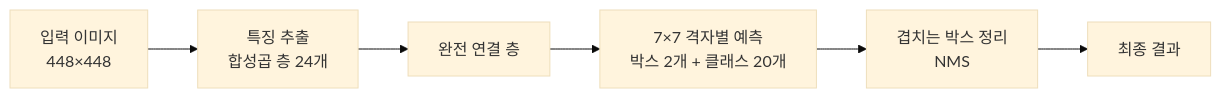
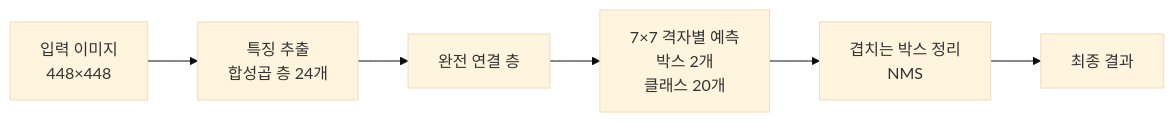
The diagram in YOLO/README.md (mjk022/portfolio), drawn with Mermaid (base theme) before and after one commit. The commit also changed 142 other files, not shown here.

Commit message:
추천시스템 웹 체험 페이지 추가, mermaid 라벨 줄바꿈 정리

````diff
--- a/YOLO/README.md
+++ b/YOLO/README.md
@@ -36,8 +36,8 @@
 ```mermaid
 flowchart LR
     A[입력 이미지<br/>448×448] --> B[특징 추출<br/>합성곱 층 24개]
     B --> C[완전 연결 층]
-    C --> D[7×7 격자별 예측<br/>박스 2개 + 클래스 20개]
+    C --> D[7×7 격자별 예측<br/>박스 2개<br/>클래스 20개]
     D --> E[겹치는 박스 정리<br/>NMS]
     E --> F[최종 결과]
 ```
````
